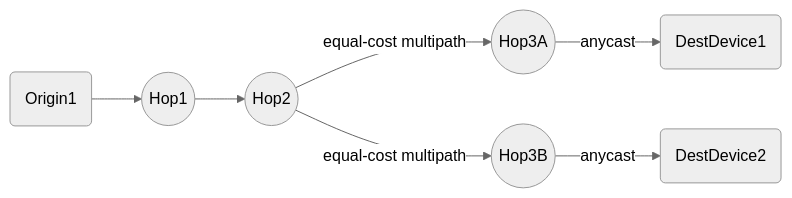
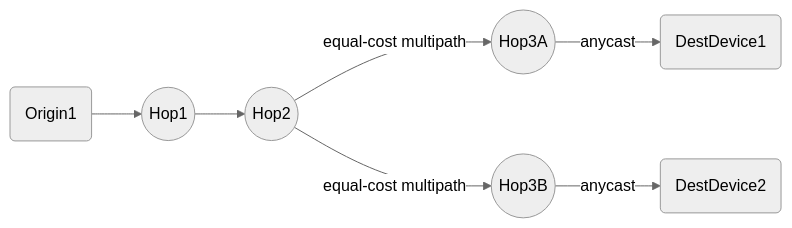
The second of 3 diagrams in content/post/tcp-anycast-shift.md (Cori1109/Cori1109.github.io), drawn with Mermaid (neutral theme) before and after one commit. The commit also changed other lines of this file, not shown here.

````diff
--- a/content/post/tcp-anycast-shift.md
+++ b/content/post/tcp-anycast-shift.md
@@ -70,15 +72,16 @@
 ```mermaid
 graph LR
+%%{init:{'flowchart':{'nodeSpacing': 80, 'rankSpacing': 50}}}%%
 
 Origin(Origin1)
 DestDeviceOne(DestDevice1)
 DestDeviceTwo(DestDevice2)
 HopOne((Hop1))
 HopTwo((Hop2))
 HopThreeA((Hop3A))
 HopThreeB((Hop3B))
 
 Origin --> HopOne --> HopTwo
 HopTwo -->|equal-cost multipath| HopThreeA --> |anycast| DestDeviceOne
 HopTwo -->|equal-cost multipath| HopThreeB --> |anycast| DestDeviceTwo
 ```
````
